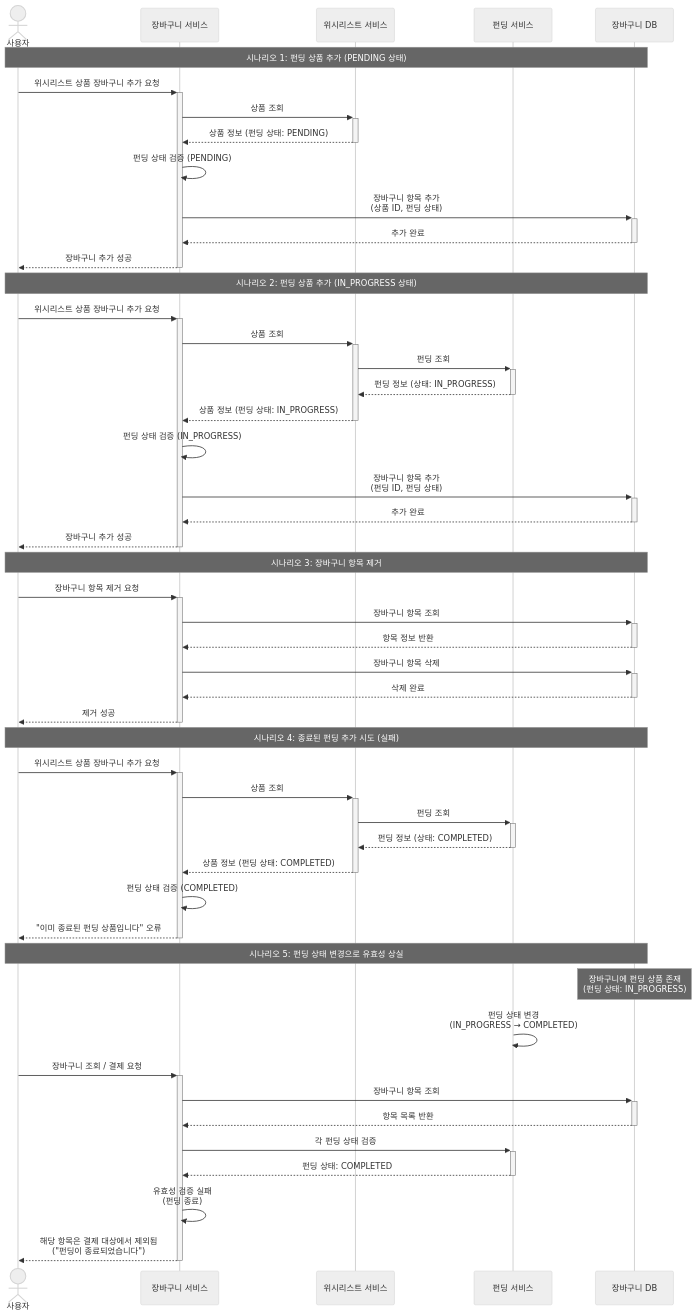
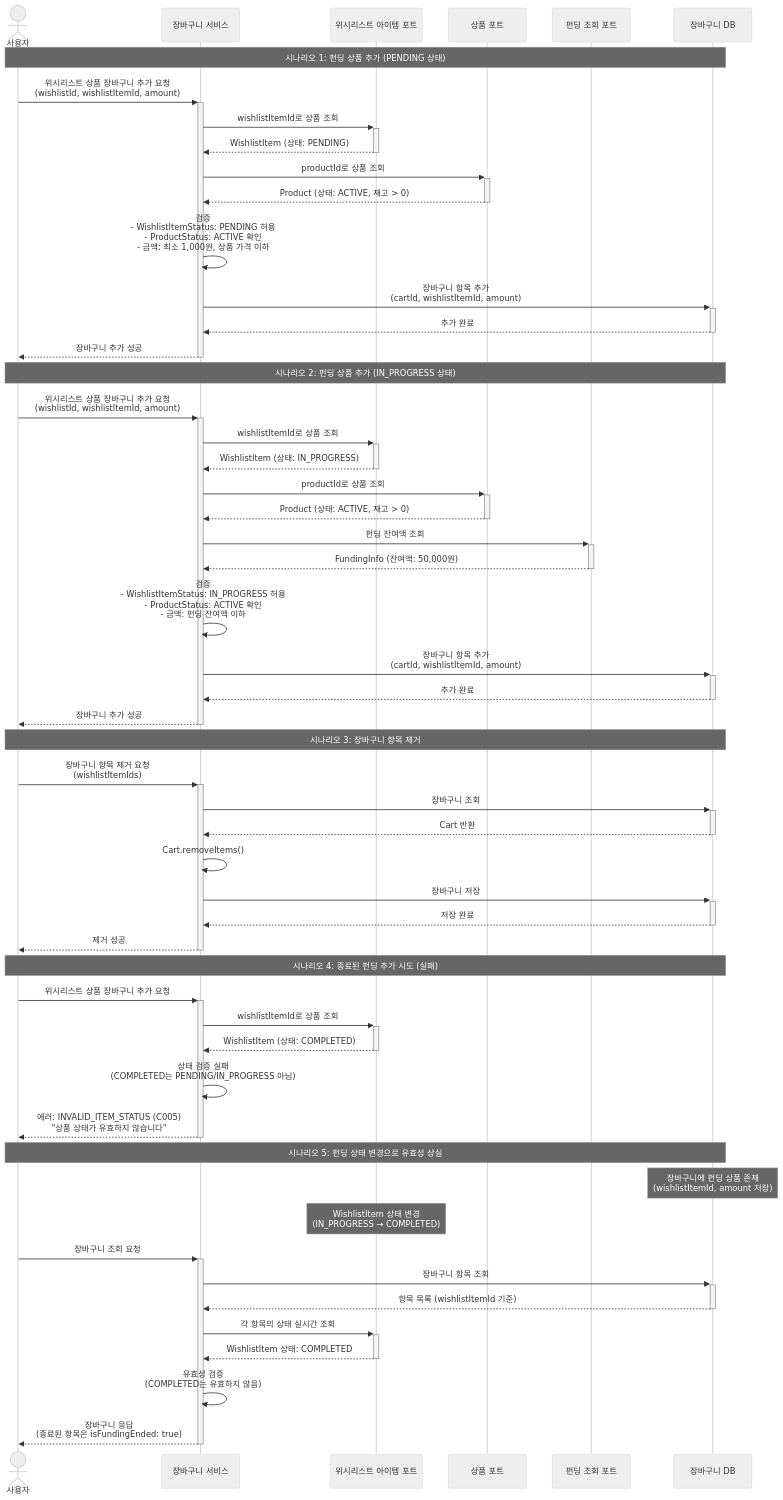
The diagram in docs/sequences/4.11-cart-management.md (prgrms-be-adv-devcourse/beadv4_4_Team201_BE), drawn with Mermaid (neutral theme) before and after one commit. The commit also changed other lines of this file and 48 other files, not shown here.

````diff
--- a/docs/sequences/4.11-cart-management.md
+++ b/docs/sequences/4.11-cart-management.md
@@ -6,75 +6,83 @@
 sequenceDiagram
     actor User as 사용자
     participant CartService as 장바구니 서비스
-    participant WishlistService as 위시리스트 서비스
-    participant FundingService as 펀딩 서비스
+    participant WishlistItemPort as 위시리스트 아이템 포트
+    participant ProductPort as 상품 포트
+    participant FundingQueryPort as 펀딩 조회 포트
     participant CartDB as 장바구니 DB
 
     Note over User,CartDB: 시나리오 1: 펀딩 상품 추가 (PENDING 상태)
 
-    User->>+CartService: 위시리스트 상품 장바구니 추가 요청
-    CartService->>+WishlistService: 상품 조회
-    WishlistService-->>-CartService: 상품 정보 (펀딩 상태: PENDING)
+    User->>+CartService: 위시리스트 상품 장바구니 추가 요청<br/>(wishlistId, wishlistItemId, amount)
+    CartService->>+WishlistItemPort: wishlistItemId로 상품 조회
+    WishlistItemPort-->>-CartService: WishlistItem (상태: PENDING)
 
-    CartService->>CartService: 펀딩 상태 검증 (PENDING)
+    CartService->>+ProductPort: productId로 상품 조회
+    ProductPort-->>-CartService: Product (상태: ACTIVE, 재고 > 0)
 
-    CartService->>+CartDB: 장바구니 항목 추가<br/>(상품 ID, 펀딩 상태)
+    CartService->>CartService: 검증<br/>- WishlistItemStatus: PENDING 허용<br/>- ProductStatus: ACTIVE 확인<br/>- 금액: 최소 1,000원, 상품 가격 이하
+
+    CartService->>+CartDB: 장바구니 항목 추가<br/>(cartId, wishlistItemId, amount)
     CartDB-->>-CartService: 추가 완료
 
     CartService-->>-User: 장바구니 추가 성공
 
     Note over User,CartDB: 시나리오 2: 펀딩 상품 추가 (IN_PROGRESS 상태)
 
-    User->>+CartService: 위시리스트 상품 장바구니 추가 요청
-    CartService->>+WishlistService: 상품 조회
-    WishlistService->>+FundingService: 펀딩 조회
-    FundingService-->>-WishlistService: 펀딩 정보 (상태: IN_PROGRESS)
-    WishlistService-->>-CartService: 상품 정보 (펀딩 상태: IN_PROGRESS)
+    User->>+CartService: 위시리스트 상품 장바구니 추가 요청<br/>(wishlistId, wishlistItemId, amount)
+    CartService->>+WishlistItemPort: wishlistItemId로 상품 조회
+    WishlistItemPort-->>-CartService: WishlistItem (상태: IN_PROGRESS)
 
-    CartService->>CartService: 펀딩 상태 검증 (IN_PROGRESS)
+    CartService->>+ProductPort: productId로 상품 조회
+    ProductPort-->>-CartService: Product (상태: ACTIVE, 재고 > 0)
 
-    CartService->>+CartDB: 장바구니 항목 추가<br/>(펀딩 ID, 펀딩 상태)
+    CartService->>+FundingQueryPort: 펀딩 잔여액 조회
+    FundingQueryPort-->>-CartService: FundingInfo (잔여액: 50,000원)
+
+    CartService->>CartService: 검증<br/>- WishlistItemStatus: IN_PROGRESS 허용<br/>- ProductStatus: ACTIVE 확인<br/>- 금액: 펀딩 잔여액 이하
+
+    CartService->>+CartDB: 장바구니 항목 추가<br/>(cartId, wishlistItemId, amount)
     CartDB-->>-CartService: 추가 완료
 
     CartService-->>-User: 장바구니 추가 성공
 
     Note over User,CartDB: 시나리오 3: 장바구니 항목 제거
 
-    User->>+CartService: 장바구니 항목 제거 요청
-    CartService->>+CartDB: 장바구니 항목 조회
-    CartDB-->>-CartService: 항목 정보 반환
+    User->>+CartService: 장바구니 항목 제거 요청<br/>(wishlistItemIds)
+    CartService->>+CartDB: 장바구니 조회
+    CartDB-->>-CartService: Cart 반환
 
-    CartService->>+CartDB: 장바구니 항목 삭제
-    CartDB-->>-CartService: 삭제 완료
+    CartService->>CartService: Cart.removeItems()
+
+    CartService->>+CartDB: 장바구니 저장
+    CartDB-->>-CartService: 저장 완료
 
     CartService-->>-User: 제거 성공
 
     Note over User,CartDB: 시나리오 4: 종료된 펀딩 추가 시도 (실패)
 
     User->>+CartService: 위시리스트 상품 장바구니 추가 요청
-    CartService->>+WishlistService: 상품 조회
-    WishlistService->>+FundingService: 펀딩 조회
-    FundingService-->>-WishlistService: 펀딩 정보 (상태: COMPLETED)
-    WishlistService-->>-CartService: 상품 정보 (펀딩 상태: COMPLETED)
+    CartService->>+WishlistItemPort: wishlistItemId로 상품 조회
+    WishlistItemPort-->>-CartService: WishlistItem (상태: COMPLETED)
 
-    CartService->>CartService: 펀딩 상태 검증 (COMPLETED)
+    CartService->>CartService: 상태 검증 실패<br/>(COMPLETED는 PENDING/IN_PROGRESS 아님)
 
-    CartService-->>-User: "이미 종료된 펀딩 상품입니다" 오류
+    CartService-->>-User: 에러: INVALID_ITEM_STATUS (C005)<br/>"상품 상태가 유효하지 않습니다"
 
     Note over User,CartDB: 시나리오 5: 펀딩 상태 변경으로 유효성 상실
 
-    Note over CartDB: 장바구니에 펀딩 상품 존재<br/>(펀딩 상태: IN_PROGRESS)
+    Note over CartDB: 장바구니에 펀딩 상품 존재<br/>(wishlistItemId, amount 저장)
 
-    FundingService->>FundingService: 펀딩 상태 변경<br/>(IN_PROGRESS → COMPLETED)
+    Note over WishlistItemPort: WishlistItem 상태 변경<br/>(IN_PROGRESS → COMPLETED)
 
-    User->>+CartService: 장바구니 조회 / 결제 요청
+    User->>+CartService: 장바구니 조회 요청
     CartService->>+CartDB: 장바구니 항목 조회
-    CartDB-->>-CartService: 항목 목록 반환
+    CartDB-->>-CartService: 항목 목록 (wishlistItemId 기준)
 
-    CartService->>+FundingService: 각 펀딩 상태 검증
-    FundingService-->>-CartService: 펀딩 상태: COMPLETED
+    CartService->>+WishlistItemPort: 각 항목의 상태 실시간 조회
+    WishlistItemPort-->>-CartService: WishlistItem 상태: COMPLETED
 
-    CartService->>CartService: 유효성 검증 실패<br/>(펀딩 종료)
+    CartService->>CartService: 유효성 검증<br/>(COMPLETED는 유효하지 않음)
 
-    CartService-->>-User: 해당 항목은 결제 대상에서 제외됨<br/>("펀딩이 종료되었습니다")
+    CartService-->>-User: 장바구니 응답<br/>(종료된 항목은 isFundingEnded: true)
 ```
````
